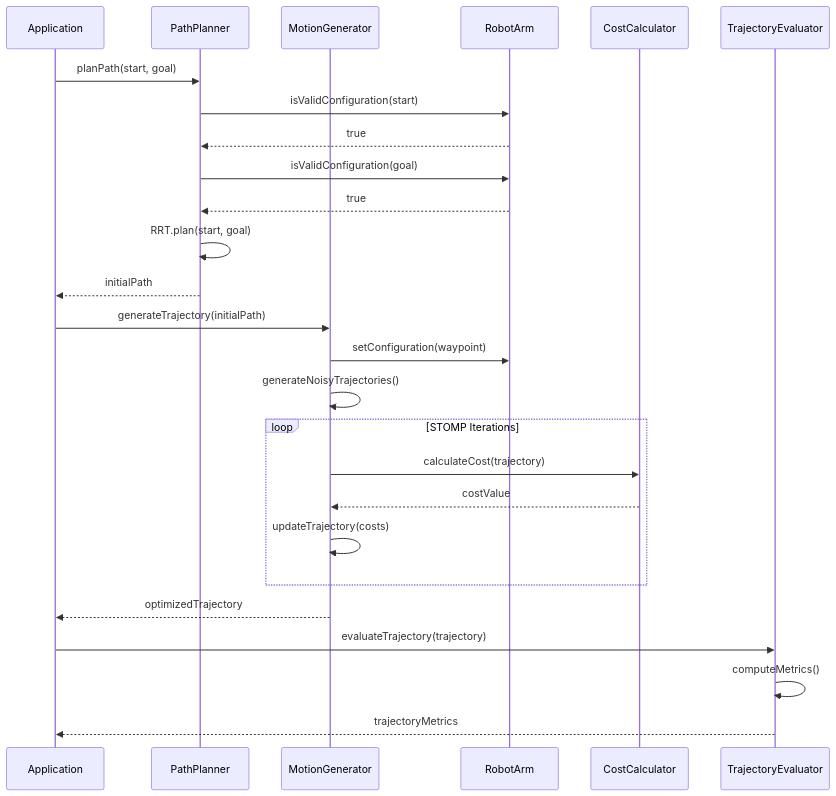
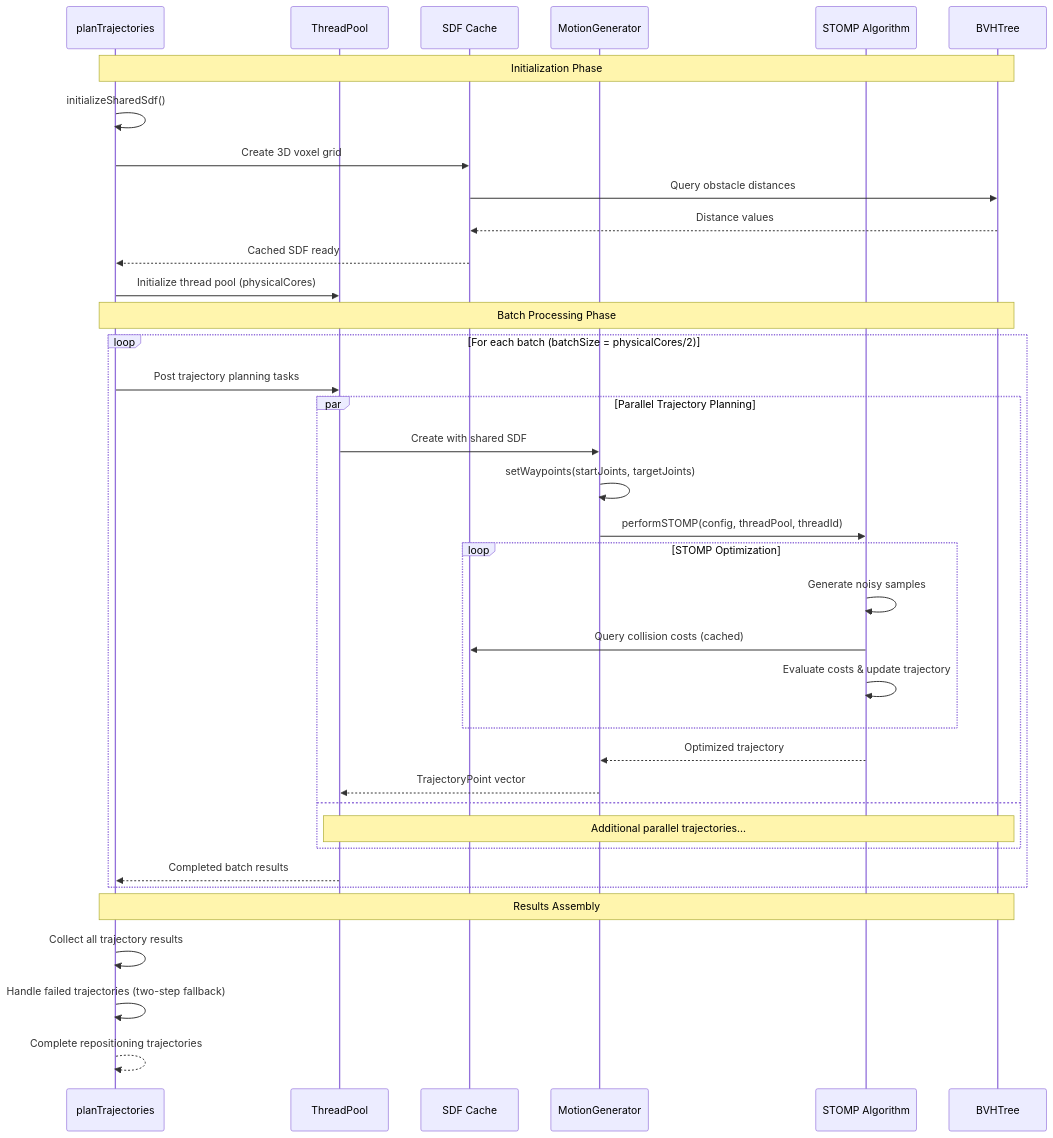
Before and after one commit to joriswa/RUS: the seventh of 12 diagrams in docs/TrajectoryLib_Detailed_Class_Diagram.md, drawn with Mermaid. The commit also changed other lines of this file and 4 other files, not shown here.

Commit message:
Replace generic architecture documentation with planTrajectories-focused analysis

````diff
--- a/docs/TrajectoryLib_Detailed_Class_Diagram.md
+++ b/docs/TrajectoryLib_Detailed_Class_Diagram.md
@@ -282,34 +406,47 @@
 ```mermaid
 sequenceDiagram
-    participant App as Application
-    participant PP as PathPlanner
+    participant PT as planTrajectories
+    participant TP as ThreadPool
+    participant SDF as SDF Cache
     participant MG as MotionGenerator
-    participant Robot as RobotArm
-    participant CC as CostCalculator
-    participant TE as TrajectoryEvaluator
-
-    App->>PP: planPath(start, goal)
-    PP->>Robot: isValidConfiguration(start)
-    Robot-->>PP: true
-    PP->>Robot: isValidConfiguration(goal)
-    Robot-->>PP: true
+    participant STOMP as STOMP Algorithm
+    participant BVH as BVHTree
     
-    PP->>PP: RRT.plan(start, goal)
-    PP-->>App: initialPath
+    Note over PT,BVH: Initialization Phase
+    PT->>PT: initializeSharedSdf()
+    PT->>SDF: Create 3D voxel grid
+    SDF->>BVH: Query obstacle distances
+    BVH-->>SDF: Distance values
+    SDF-->>PT: Cached SDF ready
     
-    App->>MG: generateTrajectory(initialPath)
-    MG->>Robot: setConfiguration(waypoint)
-    MG->>MG: generateNoisyTrajectories()
+    PT->>TP: Initialize thread pool (physicalCores)
     
-    loop STOMP Iterations
-        MG->>CC: calculateCost(trajectory)
-        CC-->>MG: costValue
-        MG->>MG: updateTrajectory(costs)
+    Note over PT,BVH: Batch Processing Phase
+    loop For each batch (batchSize = physicalCores/2)
+        PT->>TP: Post trajectory planning tasks
+        
+        par Parallel Trajectory Planning
+            TP->>MG: Create with shared SDF
+            MG->>MG: setWaypoints(startJoints, targetJoints)
+            MG->>STOMP: performSTOMP(config, threadPool, threadId)
+            
+            loop STOMP Optimization
+                STOMP->>STOMP: Generate noisy samples
+                STOMP->>SDF: Query collision costs (cached)
+                STOMP->>STOMP: Evaluate costs & update trajectory
+            end
+            
+            STOMP-->>MG: Optimized trajectory
+            MG-->>TP: TrajectoryPoint vector
+        and
+            Note over TP,BVH: Additional parallel trajectories...
+        end
+        
+        TP-->>PT: Completed batch results
     end
     
-    MG-->>App: optimizedTrajectory
-    
-    App->>TE: evaluateTrajectory(trajectory)
-    TE->>TE: computeMetrics()
-    TE-->>App: trajectoryMetrics
+    Note over PT,BVH: Results Assembly
+    PT->>PT: Collect all trajectory results
+    PT->>PT: Handle failed trajectories (two-step fallback)
+    PT-->>PT: Complete repositioning trajectories
 ```
````
